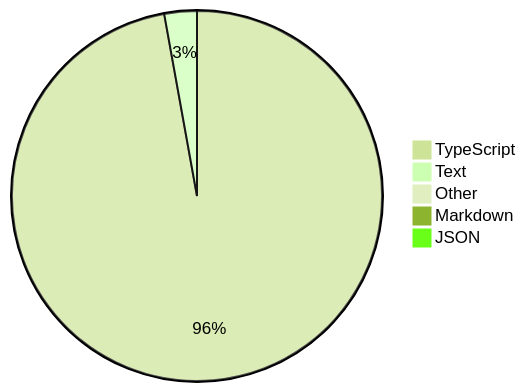
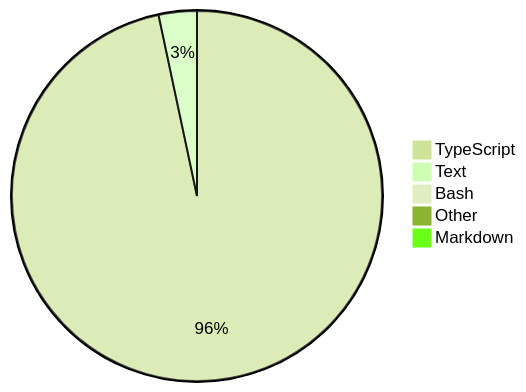
One commit to skvggor/skvggor changed the diagram in README.md. Above: the diagram before and after it, drawn with Mermaid (forest theme).

Commit message:
Updated waka-readme graph with new metrics

````diff
--- a/README.md
+++ b/README.md
@@ -28,8 +28,8 @@
 ```mermaid
 pie
-    "TypeScript" : 95.8
-    "Text" : 2.8
+    "TypeScript" : 95.7
+    "Text" : 3.3
+    "Bash" : 0.5
     "Other" : 0.4
-    "Markdown" : 0.4
-    "JSON" : 0.2
+    "Markdown" : 0.0
 ```
````
